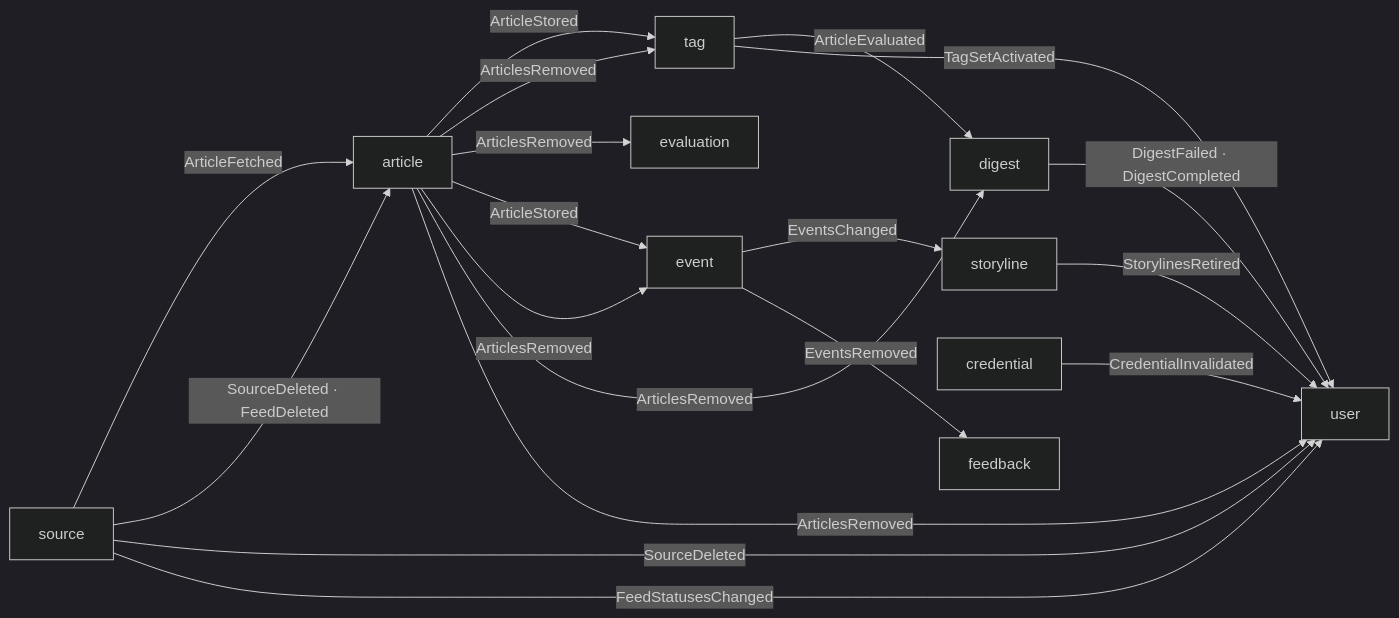
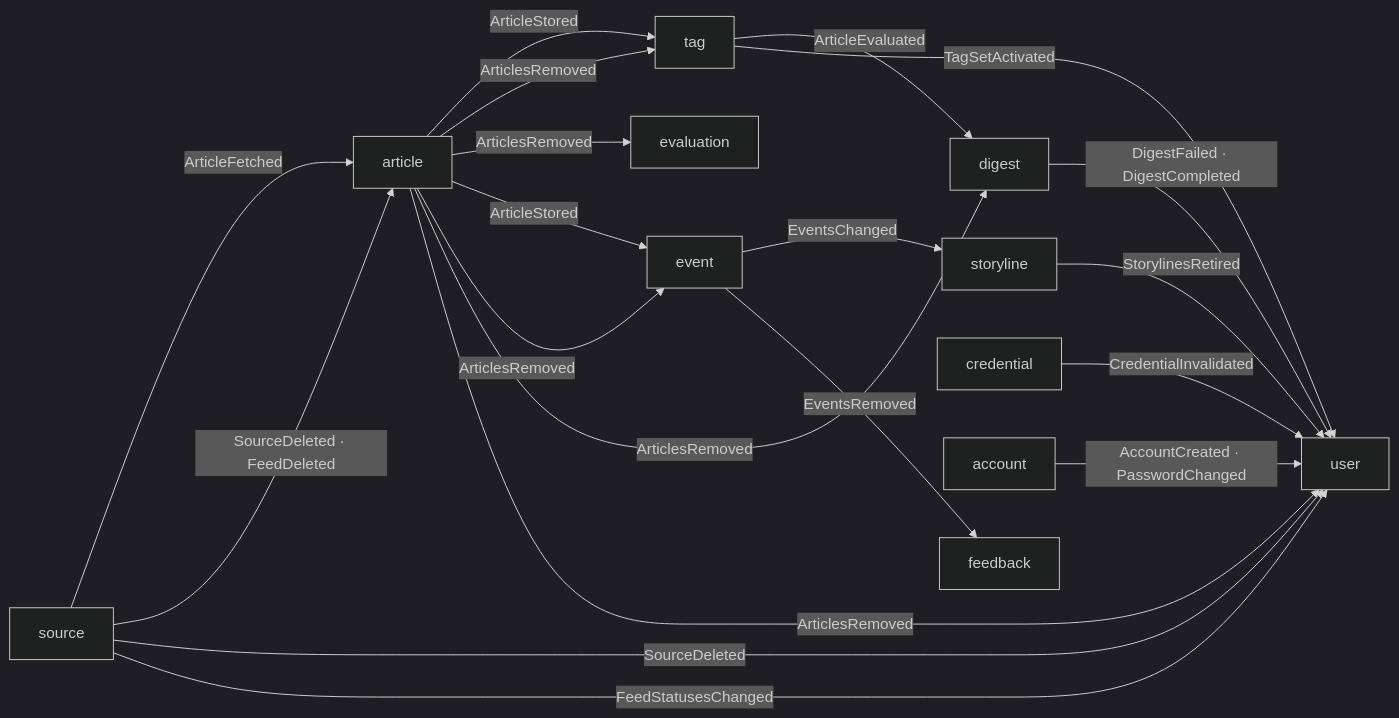
Before and after one commit to Theia0382/yozm-news: the second of 2 diagrams in docs/overview.md, drawn with Mermaid (dark theme). The commit also changed other lines of this file and 12 other files, not shown here.

````diff
--- a/docs/overview.md
+++ b/docs/overview.md
@@ -140,21 +141,22 @@
 ```mermaid
 flowchart LR
     source -- ArticleFetched --> article
     source -- SourceDeleted · FeedDeleted --> article
     source -- SourceDeleted --> user
     source -- FeedStatusesChanged --> user
     article -- ArticleStored --> tag
     article -- ArticlesRemoved --> tag
     article -- ArticlesRemoved --> evaluation
     article -- ArticleStored --> event
     article -- ArticlesRemoved --> event
     article -- ArticlesRemoved --> digest
     article -- ArticlesRemoved --> user
     event -- EventsChanged --> storyline
     event -- EventsRemoved --> feedback
     tag -- ArticleEvaluated --> digest
     tag -- TagSetActivated --> user
     storyline -- StorylinesRetired --> user
     credential -- CredentialInvalidated --> user
     digest -- DigestFailed · DigestCompleted --> user
+    account -- AccountCreated · PasswordChanged --> user
 ```
````
